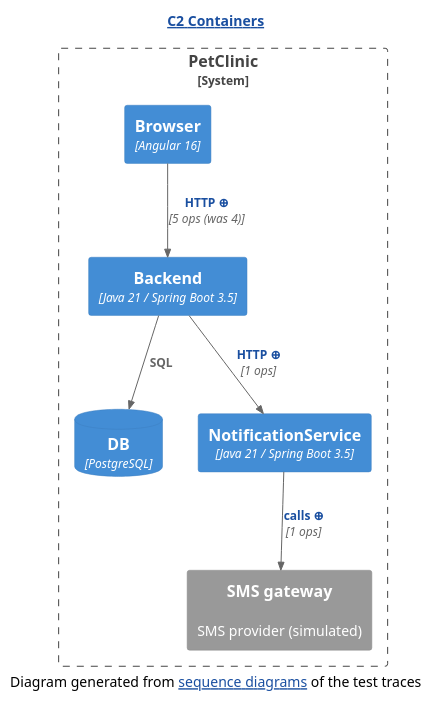
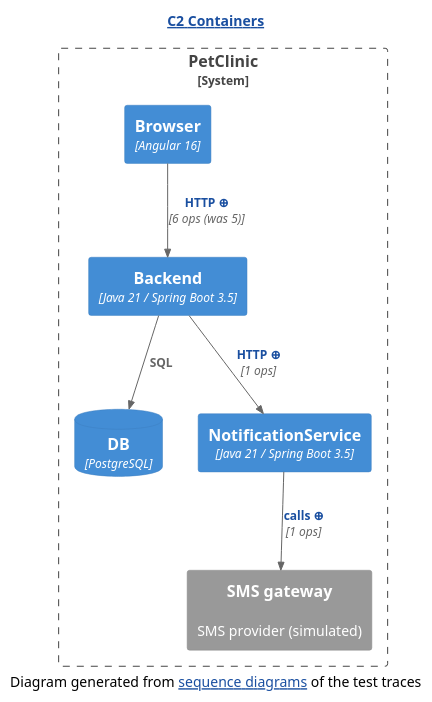
Before and after one commit to AgustinOliver98/human-review: the diagram in demo/demo/assets/c2/C2-Containers.diff.puml, drawn with PlantUML. The commit also changed 152 other files, not shown here.

```diff
--- a/demo/demo/assets/c2/C2-Containers.diff.puml
+++ b/demo/demo/assets/c2/C2-Containers.diff.puml
@@ -1,20 +1,20 @@
 @startuml
 ' ⚠️  GENERATED — projected from the sequence diagrams by c2-from-sequence.py.
 !include <C4/C4_Container>
 HIDE_STEREOTYPE()
 skinparam hyperlinkUnderline false
 skinparam hyperlinkColor #1A4FA0
 title [[https://c4model.com/diagrams/container{What is a C2 diagram?} C2 Containers]]
 System_Boundary(c2_system, "PetClinic") {
   Container(Backend, "Backend", "Java 21 / Spring Boot 3.5", "")
   Container(Browser, "Browser", "Angular 16", "")
   ContainerDb(DB, "DB", "PostgreSQL", "")
   Container(NotificationService, "NotificationService", "Java 21 / Spring Boot 3.5", "")
   System_Ext(SMS_gateway, "SMS gateway", "SMS provider (simulated)", "")
 }
 Rel(Backend, DB, "SQL", "")
 Rel(Backend, NotificationService, "[[genseq://c2-279a196c9d{Click for the calls behind this line} HTTP ⊕]]", "1 ops")
-Rel(Browser, Backend, "[[genseq://c2-fb35163739{Click for the calls behind this line} HTTP ⊕]]", "5 ops (was 4)")
+Rel(Browser, Backend, "[[genseq://c2-75fafaa11f{Click for the calls behind this line} HTTP ⊕]]", "6 ops (was 5)")
 Rel(NotificationService, SMS_gateway, "[[genseq://c2-cb01a30b7a{Click for the calls behind this line} calls ⊕]]", "1 ops")
 caption Diagram generated from [[#sequence{Open the Sequence tab} sequence diagrams]] of the test traces
 @enduml
```
